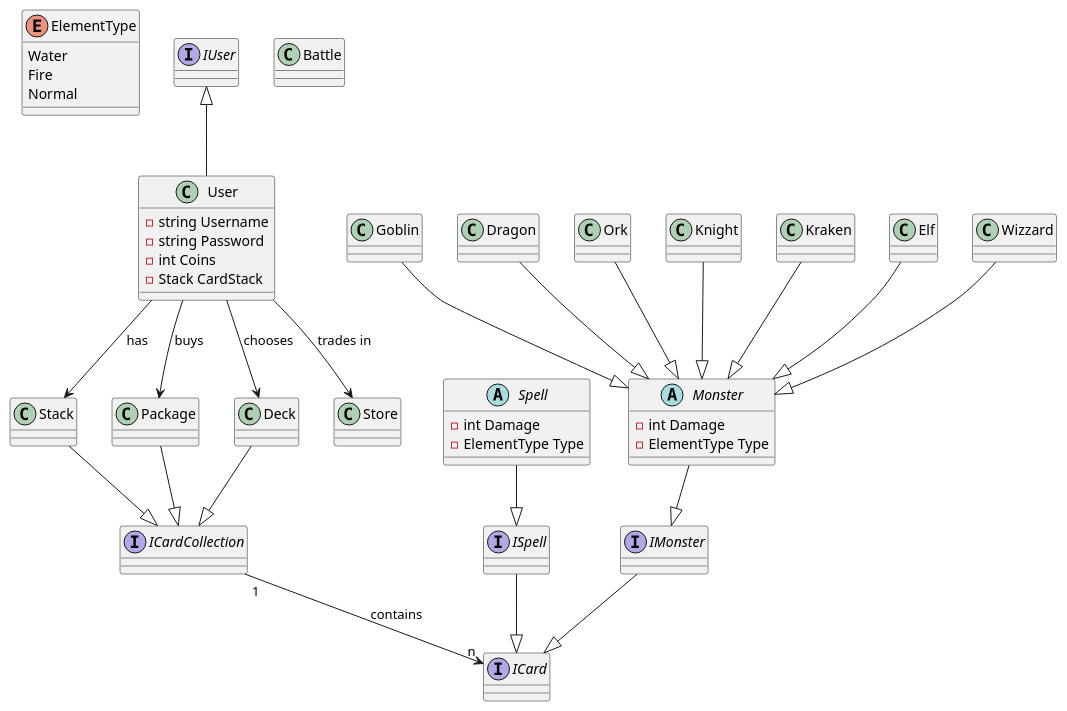
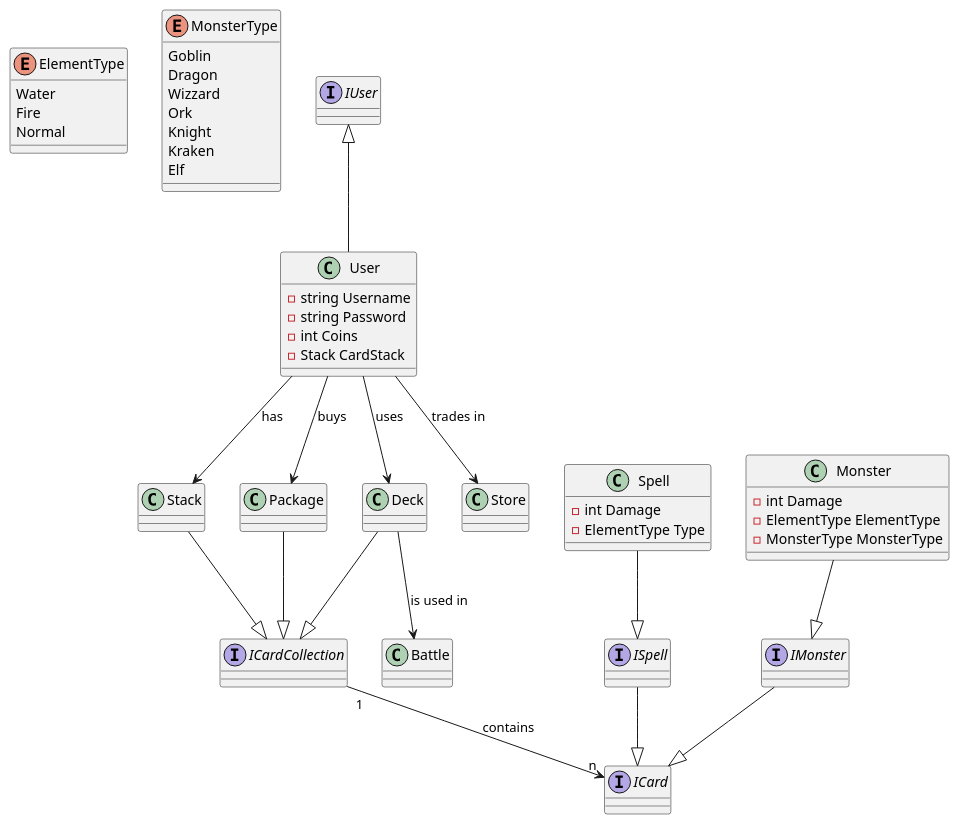
One commit to jakobfriedl/monster-trading-card-game changed the diagram in uml.pu. Above: the diagram before and after it, drawn with PlantUML. The commit also changed 2 other files, not shown here.

Commit message:
Changed UML Diagram, created README and TimeTracker

```diff
--- a/uml.pu
+++ b/uml.pu
@@ -1,110 +1,123 @@
 @startuml Projekt: Monster Trading Card Game 
 
 enum ElementType{
     Water
     Fire
     Normal
+}
+
+enum MonsterType{
+    Goblin
+    Dragon
+    Wizzard 
+    Ork 
+    Knight
+    Kraken
+    Elf 
 }
 
 interface IUser{
     
 }
 
 class User{
     - string Username 
     - string Password
     - int Coins 
     - Stack CardStack
 }
 IUser <|-- User
 
 interface ICard{
 
 }
 
 interface ISpell{
 
 }
 ISpell --|> ICard
 
 interface IMonster{
 
 }
 IMonster --|> ICard
 
-abstract class Spell{
+class Spell{
     - int Damage
     - ElementType Type
 }
 Spell --|> ISpell
 
-abstract class Monster{
+class Monster{
     - int Damage
-    - ElementType Type
+    - ElementType ElementType
+    - MonsterType MonsterType
 }
 Monster --|> IMonster
 
 class Stack{
 
 }
 User --> Stack : has
 
 class Package{
 
 }
 User --> Package : buys
 
 class Deck{
 
 }
-User --> Deck : chooses
+User --> Deck : uses
 
 interface ICardCollection{
 
 }
 Stack --|> ICardCollection
 Package --|> ICardCollection
 Deck --|> ICardCollection
 ICardCollection "1" --> "n" ICard : contains
 
 class Store{
 
 }
 User --> Store : trades in
 
 
 class Battle{
 
 }
+Deck --> Battle : is used in
 
+/'
 class Goblin{
 
 }
 Goblin --|> Monster
 class Dragon{
 
 }
 Dragon --|> Monster
 class Ork{
 
 }
 Ork --|> Monster
 class Knight{
 
 }
 Knight --|> Monster
 class Kraken{
 
 }
 Kraken --|> Monster
 class Elf{
 
 }
 Elf --|> Monster
 class Wizzard{
 
 }
 Wizzard --|> Monster
-
+'/
 
 @enduml
```
